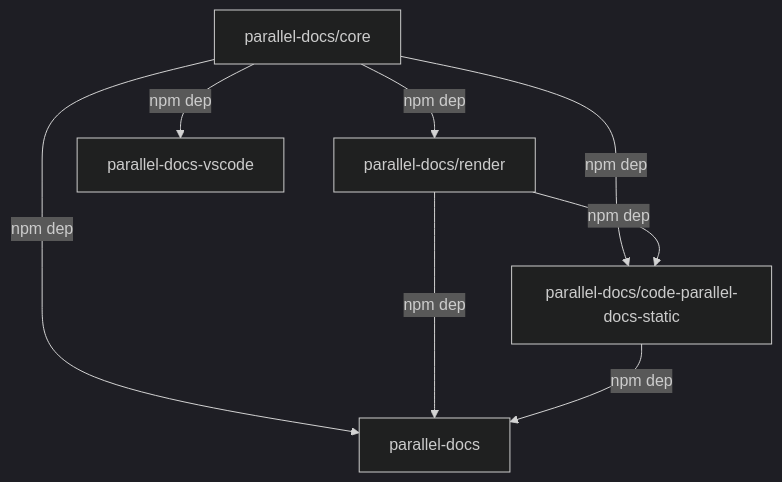
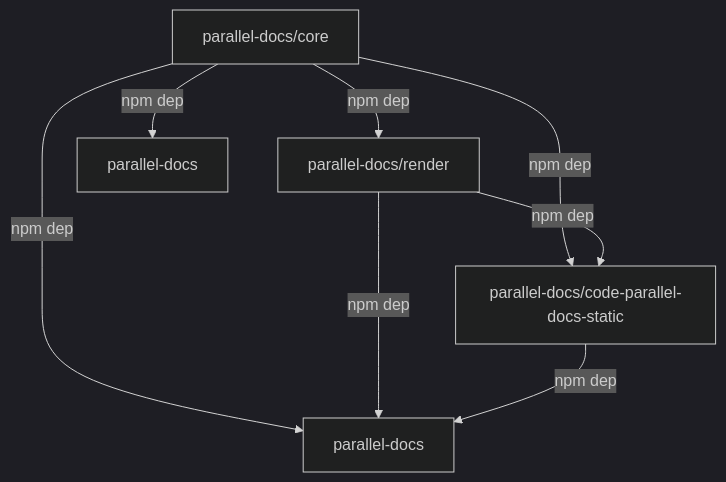
One commit to d-led/parallel-docs changed the diagram in .parallel-docs/source/README.md/architecture.md. Above: the diagram before and after it, drawn with Mermaid (dark theme). The commit also changed 24 other files, not shown here.

````diff
--- a/.parallel-docs/source/README.md/architecture.md
+++ b/.parallel-docs/source/README.md/architecture.md
@@ -13,16 +13,16 @@
 ```mermaid
 flowchart TB
   core["parallel-docs/core"]
   pkgRender["parallel-docs/render"]
   ccStatic["parallel-docs/code-parallel-docs-static"]
   cli["parallel-docs"]
-  vscode["parallel-docs-vscode"]
+  vscode["parallel-docs"]
 
   core -->|npm dep| pkgRender
   core -->|npm dep| ccStatic
   pkgRender -->|npm dep| ccStatic
   core -->|npm dep| cli
   pkgRender -->|npm dep| cli
   ccStatic -->|npm dep| cli
   core -->|npm dep| vscode
 ```
````
